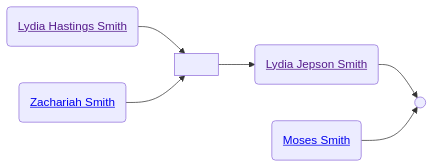
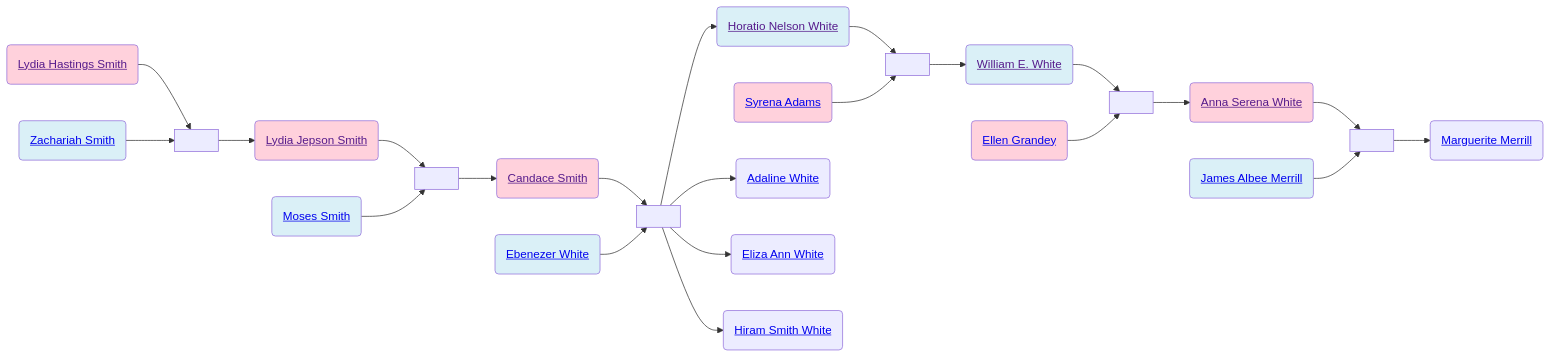
Before and after one commit to neelsmith/avocational: the diagram in familyhistory/sources/people/Merrill-line/White-line/Candace-Smith-line/Lydia_Hastings_Smith.qmd, drawn with Mermaid. The commit also changed 91 other files, not shown here.

Commit message:
Rebuild descendant diagrams

````diff
--- a/familyhistory/sources/people/Merrill-line/White-line/Candace-Smith-line/Lydia_Hastings_Smith.qmd
+++ b/familyhistory/sources/people/Merrill-line/White-line/Candace-Smith-line/Lydia_Hastings_Smith.qmd
@@ -26,14 +26,53 @@
 ```{mermaid}
 graph LR
+%% LR descendant diagram
 class Lydia_Hastings_Smith_and_Zachariah_Smith marriage
 Lydia_Hastings_Smith(<a href=''>Lydia Hastings Smith</>) --> Lydia_Hastings_Smith_and_Zachariah_Smith[ ]
 Zachariah_Smith(<a href='./Zachariah_Smith.html'>Zachariah Smith</>) --> Lydia_Hastings_Smith_and_Zachariah_Smith(( ))
+class Zachariah_Smith father
+class Lydia_Hastings_Smith mother
 Lydia_Hastings_Smith_and_Zachariah_Smith[ ] --> Lydia_Jepson_Smith(<a href='./Lydia_Jepson_Smith.html'>Lydia Jepson Smith</>)
 class Lydia_Jepson_Smith_and_Moses_Smith marriage
 Lydia_Jepson_Smith(<a href=''>Lydia Jepson Smith</>) --> Lydia_Jepson_Smith_and_Moses_Smith[ ]
 Moses_Smith(<a href='./../../../Moses_Smith_connections/Moses_Smith.html'>Moses Smith</>) --> Lydia_Jepson_Smith_and_Moses_Smith(( ))
+class Moses_Smith father
+class Lydia_Jepson_Smith mother
+Lydia_Jepson_Smith_and_Moses_Smith[ ] --> Candace_Smith(<a href='./Candace_Smith.html'>Candace Smith</>)
+class Candace_Smith_and_Ebenezer_White marriage
+Candace_Smith(<a href=''>Candace Smith</>) --> Candace_Smith_and_Ebenezer_White[ ]
+Ebenezer_White(<a href='./../Ebenezer_White.html'>Ebenezer White</>) --> Candace_Smith_and_Ebenezer_White(( ))
+class Ebenezer_White father
+class Candace_Smith mother
+Candace_Smith_and_Ebenezer_White[ ] --> Horatio_Nelson_White(<a href='./../Horatio_Nelson_White.html'>Horatio Nelson White</>)
+class Horatio_Nelson_White_and_Syrena_Adams marriage
+Horatio_Nelson_White(<a href=''>Horatio Nelson White</>) --> Horatio_Nelson_White_and_Syrena_Adams[ ]
+Syrena_Adams(<a href='./Syrena_Adams.html'>Syrena Adams</>) --> Horatio_Nelson_White_and_Syrena_Adams(( ))
+class Horatio_Nelson_White father
+class Syrena_Adams mother
+Horatio_Nelson_White_and_Syrena_Adams[ ] --> William_E._White(<a href='./William_E._White.html'>William E. White</>)
+class William_E._White_and_Ellen_Grandey marriage
+William_E._White(<a href=''>William E. White</>) --> William_E._White_and_Ellen_Grandey[ ]
+Ellen_Grandey(<a href='./../Grandey-line/Ellen_Grandey.html'>Ellen Grandey</>) --> William_E._White_and_Ellen_Grandey(( ))
+class William_E._White father
+class Ellen_Grandey mother
+William_E._White_and_Ellen_Grandey[ ] --> Anna_Serena_White(<a href='./Anna_Serena_White.html'>Anna Serena White</>)
+class Anna_Serena_White_and_James_Albee_Merrill marriage
+Anna_Serena_White(<a href=''>Anna Serena White</>) --> Anna_Serena_White_and_James_Albee_Merrill[ ]
+James_Albee_Merrill(<a href='./../James_Albee_Merrill.html'>James Albee Merrill</>) --> Anna_Serena_White_and_James_Albee_Merrill(( ))
+class James_Albee_Merrill father
+class Anna_Serena_White mother
+Anna_Serena_White_and_James_Albee_Merrill[ ] --> Marguerite_Merrill(<a href='./../Marguerite_Merrill.html'>Marguerite Merrill</>)
+class Ebenezer_White father
+class Candace_Smith mother
+Candace_Smith_and_Ebenezer_White[ ] --> Adaline_White(<a href='./../Adaline_White.html'>Adaline White</>)
+class Ebenezer_White father
+class Candace_Smith mother
+Candace_Smith_and_Ebenezer_White[ ] --> Eliza_Ann_White(<a href='./../Eliza_Ann_White.html'>Eliza Ann White</>)
+class Ebenezer_White father
+class Candace_Smith mother
+Candace_Smith_and_Ebenezer_White[ ] --> Hiram_Smith_White(<a href='./../Hiram_Smith_White.html'>Hiram Smith White</>)
 classDef mother fill:#ffd1dc
 classDef father fill:#daf0f7  
 classDef marriage fill:#ffffff
 
 ```
````
